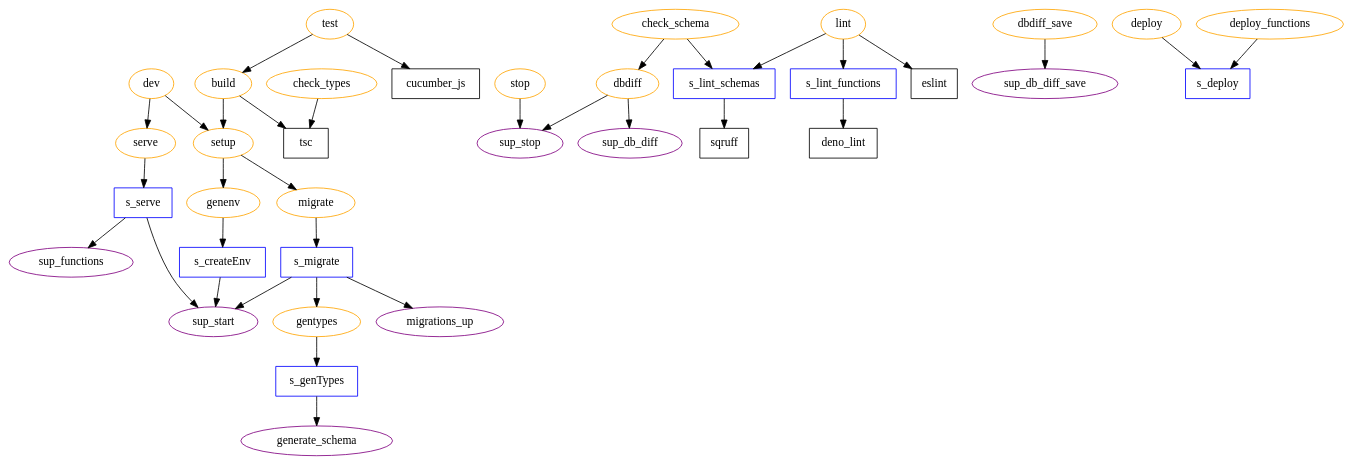
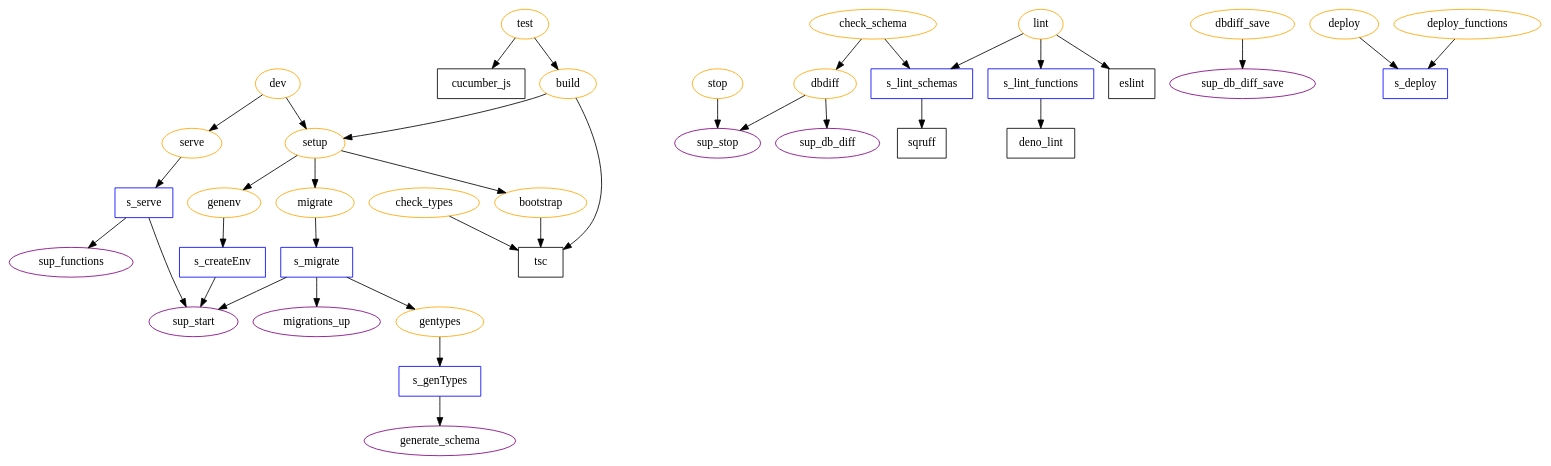
One commit to DiscourseGraphs/discourse-graph changed the diagram in packages/database/doc/tasks.dot. Above: the diagram before and after it, drawn with Graphviz. The commit also changed 13 other files, not shown here.

```diff
--- a/packages/database/doc/tasks.dot
+++ b/packages/database/doc/tasks.dot
@@ -1,86 +1,89 @@
 DiGraph G {
 
 /* package-level tasks */
 
 node [color=orange]
 
 dev
 setup
 serve
 stop
 check_types
 check_schema
 lint
 build
 test
 genenv
 dbdiff
 dbdiff_save
 deploy
 deploy_functions
 migrate
 gentypes
+bootstrap
 
 /* supabase functions */
 node [color=purple]
 
 sup_db_diff_save
 sup_db_diff
 sup_functions
 sup_start
 sup_stop
 migrations_up
 generate_schema
 
 
 
 /* scripts */
 node [color=blue; shape=rectangle]
 
 s_createEnv
 s_genTypes
 s_migrate
 s_lint_schemas
 s_lint_functions
 s_deploy
 s_serve
 
 /* Other scripts */
 node [color=black]
 sqruff
 deno_lint
 tsc
 cucumber_js
 
 /* links */
 
     migrate -> s_migrate -> gentypes -> s_genTypes
     s_migrate -> migrations_up
     dev -> setup
     dev -> serve
+    setup -> bootstrap
     setup -> genenv
     setup -> migrate
     serve -> s_serve
     s_serve -> sup_start
     s_serve -> sup_functions
     s_createEnv -> sup_start
     stop -> sup_stop
     check_types -> tsc
     check_schema -> s_lint_schemas
     check_schema -> dbdiff
     lint -> eslint
     lint -> s_lint_functions -> deno_lint
     lint -> s_lint_schemas -> sqruff
     test -> build
     test -> cucumber_js
     genenv -> s_createEnv
     dbdiff -> sup_stop
     dbdiff -> sup_db_diff
     dbdiff_save -> sup_db_diff_save
     deploy -> s_deploy
     deploy_functions -> s_deploy
     build -> setup
     build -> tsc
     s_genTypes -> generate_schema
     s_migrate -> sup_start
+    bootstrap -> tsc
 }
```
